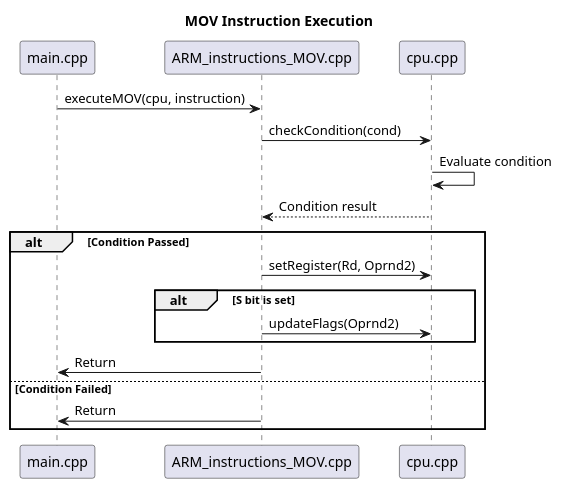
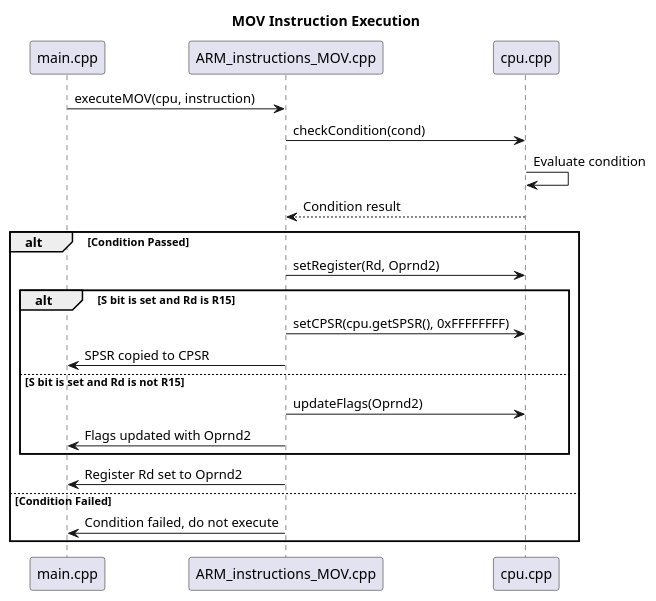
The diagram in docs/diagrams/MOV/raw/MOV.puml (tylermaginnis/ARM7DTMIEMULATOR), drawn with PlantUML before and after one commit. The commit also changed 2 other files, not shown here.

Commit message:
Update and improve implementation of MOV for accuracy.

```diff
--- a/docs/diagrams/MOV/raw/MOV.puml
+++ b/docs/diagrams/MOV/raw/MOV.puml
@@ -1,23 +1,27 @@
 @startuml
 
 title MOV Instruction Execution
 
 participant "main.cpp" as Main
 participant "ARM_instructions_MOV.cpp" as MOV
 participant "cpu.cpp" as CPU
 
 Main -> MOV: executeMOV(cpu, instruction)
 MOV -> CPU: checkCondition(cond)
 CPU -> CPU: Evaluate condition
 CPU --> MOV: Condition result
 alt Condition Passed
     MOV -> CPU: setRegister(Rd, Oprnd2)
-    alt S bit is set
+    alt S bit is set and Rd is R15
+        MOV -> CPU: setCPSR(cpu.getSPSR(), 0xFFFFFFFF)
+        MOV -> Main: SPSR copied to CPSR
+    else S bit is set and Rd is not R15
         MOV -> CPU: updateFlags(Oprnd2)
+        MOV -> Main: Flags updated with Oprnd2
     end
-    MOV -> Main: Return
+    MOV -> Main: Register Rd set to Oprnd2
 else Condition Failed
-    MOV -> Main: Return
+    MOV -> Main: Condition failed, do not execute
 end
 
 @enduml
```
